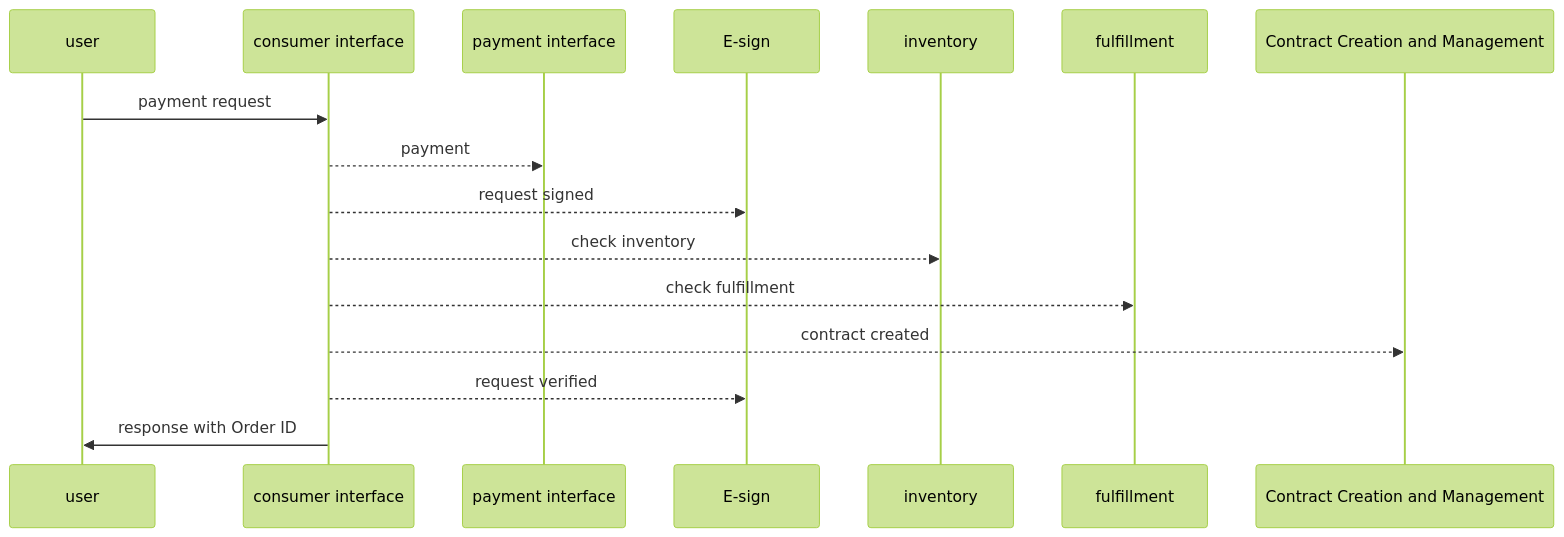
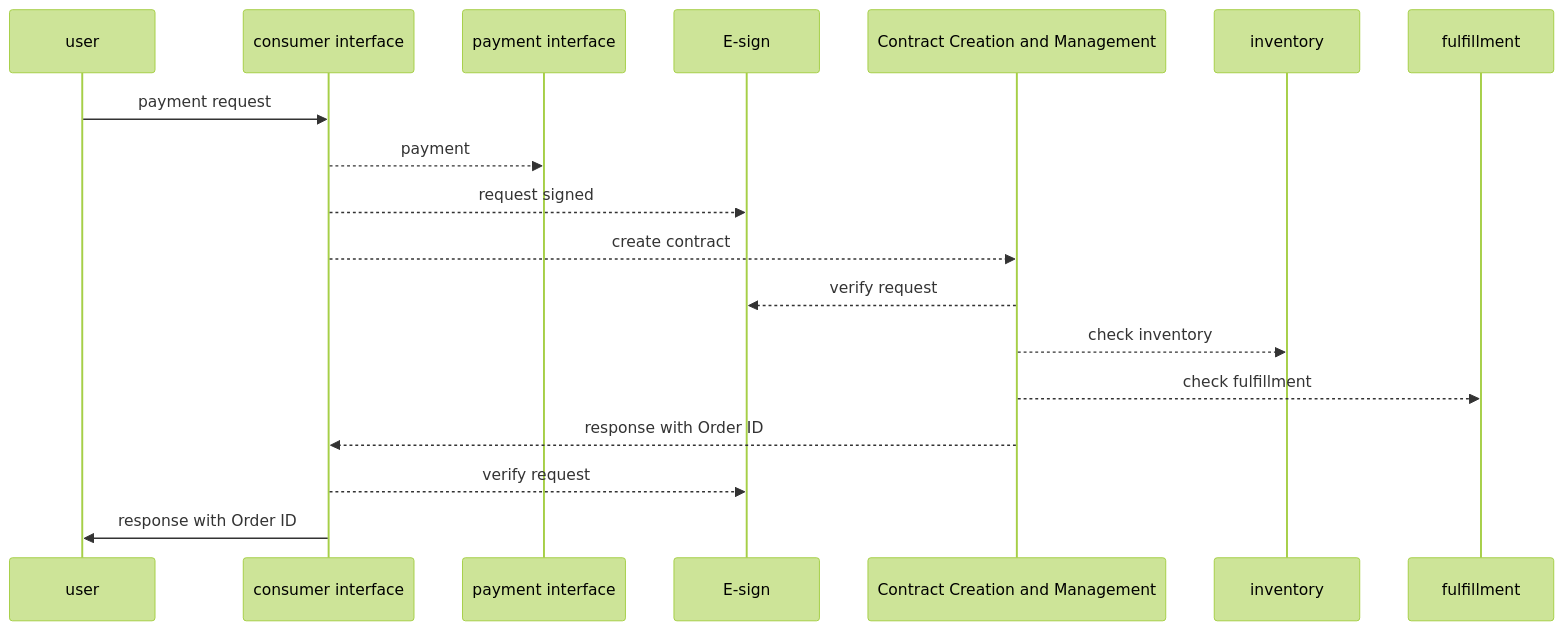
The fourth of 15 diagrams in spec/9-workflows.md (GovStackWorkingGroup/bb-emarketplace), drawn with Mermaid (forest theme) before and after one commit. The commit also changed other lines of this file and 3 other files, not shown here.

````diff
--- a/spec/9-workflows.md
+++ b/spec/9-workflows.md
@@ -98,13 +101,15 @@
 ```mermaid
 sequenceDiagram
 user->>consumer interface: payment request
 consumer interface-->>payment interface: payment
 consumer interface-->>E-sign:request signed
-consumer interface-->>inventory:check inventory
-consumer interface-->>fulfillment:check fulfillment
-consumer interface-->>Contract Creation and Management:contract created
-consumer interface-->>E-sign:request verified
+consumer interface-->>Contract Creation and Management:create contract
+Contract Creation and Management-->>E-sign:verify request
+Contract Creation and Management-->>inventory:check inventory
+Contract Creation and Management-->>fulfillment:check fulfillment
+Contract Creation and Management-->>consumer interface:response with Order ID
+consumer interface-->>E-sign:verify request
 consumer interface->>user:response with Order ID
  
 
 ```
````
